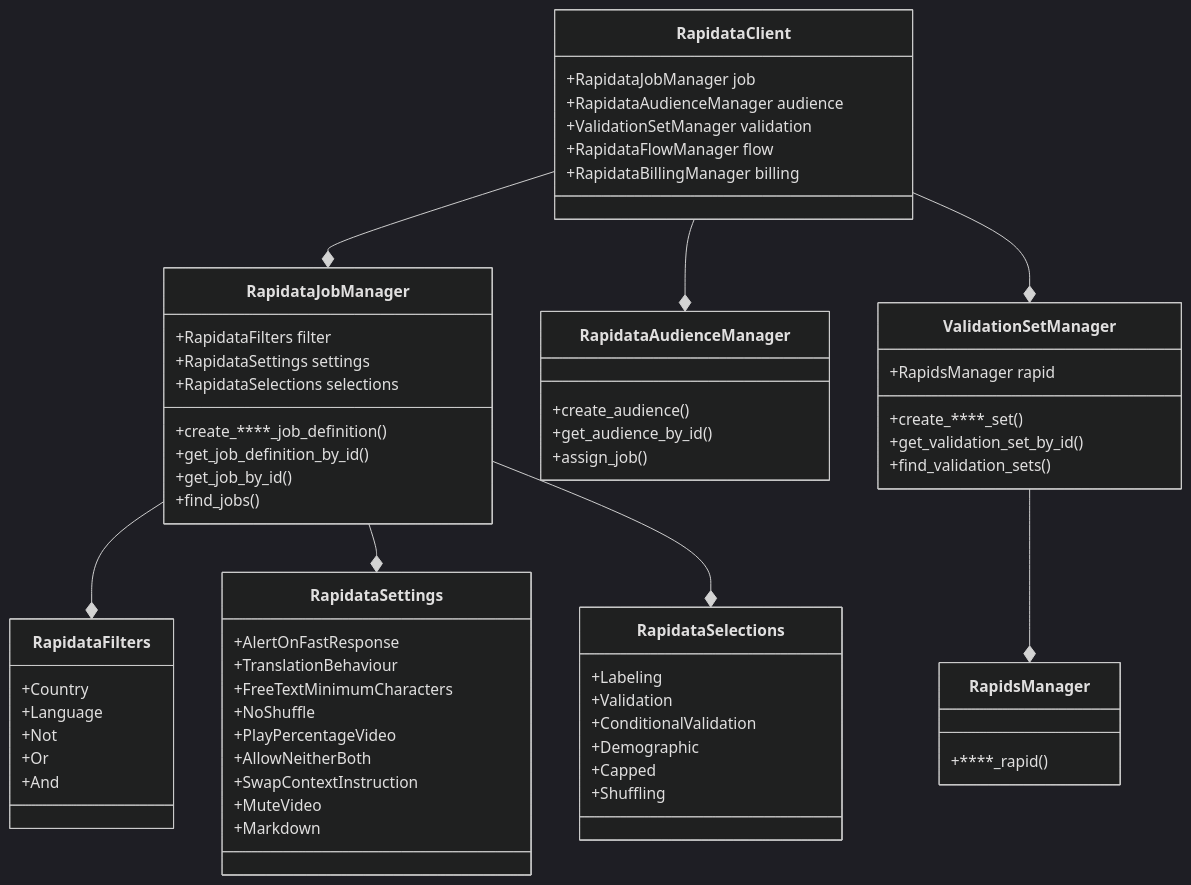
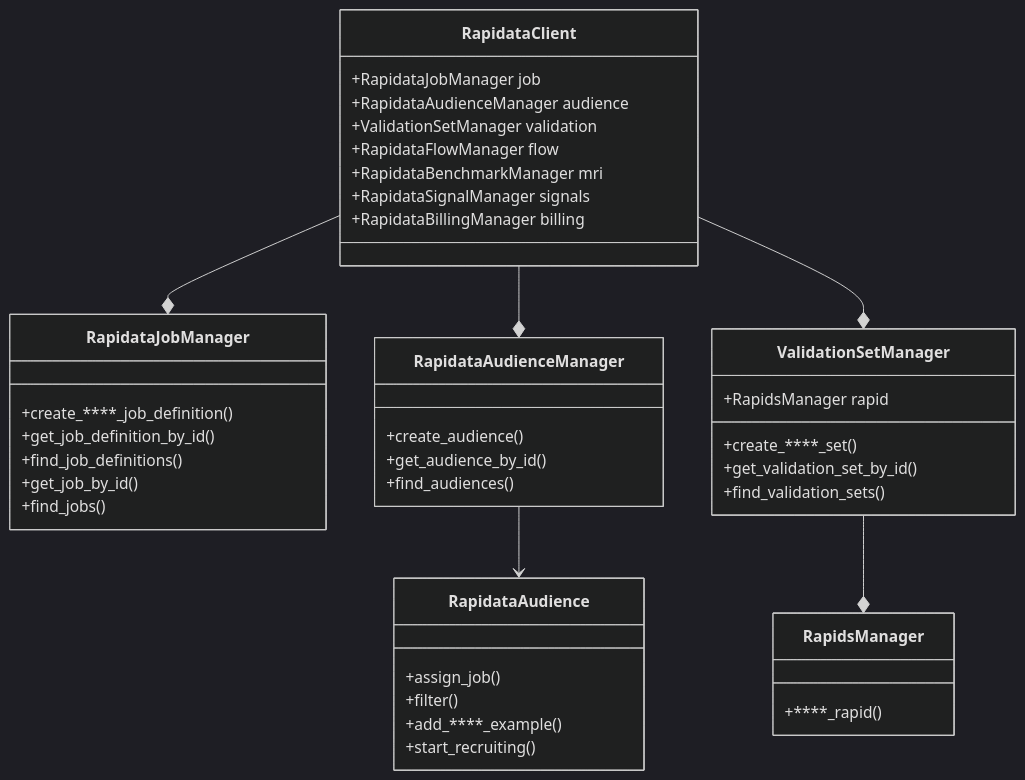
Before and after one commit to RapidataAI/rapidata-python-sdk: the diagram in docs/api.md, drawn with Mermaid (dark theme). The commit also changed other lines of this file and 1 other file, not shown here.

Commit message:
docs(api): match api overview to current sdk

````diff
--- a/docs/api.md
+++ b/docs/api.md
@@ -2,83 +2,58 @@
 ```mermaid
 classDiagram
     class RapidataClient {
         +RapidataJobManager job
         +RapidataAudienceManager audience
         +ValidationSetManager validation
         +RapidataFlowManager flow
+        +RapidataBenchmarkManager mri
+        +RapidataSignalManager signals
         +RapidataBillingManager billing
     }
 
     class RapidataJobManager {
-        +RapidataFilters filter
-        +RapidataSettings settings
-        +RapidataSelections selections
         +create_****_job_definition()
         +get_job_definition_by_id()
+        +find_job_definitions()
         +get_job_by_id()
         +find_jobs()
     }
 
     class RapidataAudienceManager {
         +create_audience()
         +get_audience_by_id()
+        +find_audiences()
+    }
+
+    class RapidataAudience {
         +assign_job()
+        +filter()
+        +add_****_example()
+        +start_recruiting()
     }
 
     class ValidationSetManager {
         +RapidsManager rapid
         +create_****_set()
         +get_validation_set_by_id()
         +find_validation_sets()
     }
 
-    class RapidataFilters {
-        +Country
-        +Language
-        +Not
-        +Or
-        +And
-    }
-
-    class RapidataSettings {
-        +AlertOnFastResponse
-        +TranslationBehaviour
-        +FreeTextMinimumCharacters
-        +NoShuffle
-        +PlayPercentageVideo
-        +AllowNeitherBoth
-        +SwapContextInstruction
-        +MuteVideo
-        +Markdown
-    }
-
-    class RapidataSelections {
-        +Labeling
-        +Validation
-        +ConditionalValidation
-        +Demographic
-        +Capped
-        +Shuffling
-    }
-
     class RapidsManager {
         +****_rapid()
     }
 
     RapidataClient --* RapidataJobManager
     RapidataClient --* RapidataAudienceManager
     RapidataClient --* ValidationSetManager
-    RapidataJobManager --* RapidataFilters
-    RapidataJobManager --* RapidataSettings
-    RapidataJobManager --* RapidataSelections
+    RapidataAudienceManager --> RapidataAudience
     ValidationSetManager --* RapidsManager
 
     link RapidataClient "../reference/rapidata/rapidata_client/rapidata_client/" ""
     link RapidataJobManager "../reference/rapidata/rapidata_client/job/rapidata_job_manager/" ""
+    link RapidataAudienceManager "../reference/rapidata/rapidata_client/audience/rapidata_audience_manager/" ""
+    link RapidataAudience "../reference/rapidata/rapidata_client/audience/rapidata_audience/" ""
     link ValidationSetManager "../reference/rapidata/rapidata_client/validation/validation_set_manager/" ""
-    link RapidataFilters "../reference/rapidata/rapidata_client/filter/rapidata_filters/" ""
-    link RapidataSettings "../reference/rapidata/rapidata_client/settings/rapidata_settings/" ""
-    link RapidataSelections "../reference/rapidata/rapidata_client/selection/rapidata_selections/" ""
     link RapidsManager "../reference/rapidata/rapidata_client/validation/rapids/rapids_manager/" ""
 
 ```
````
